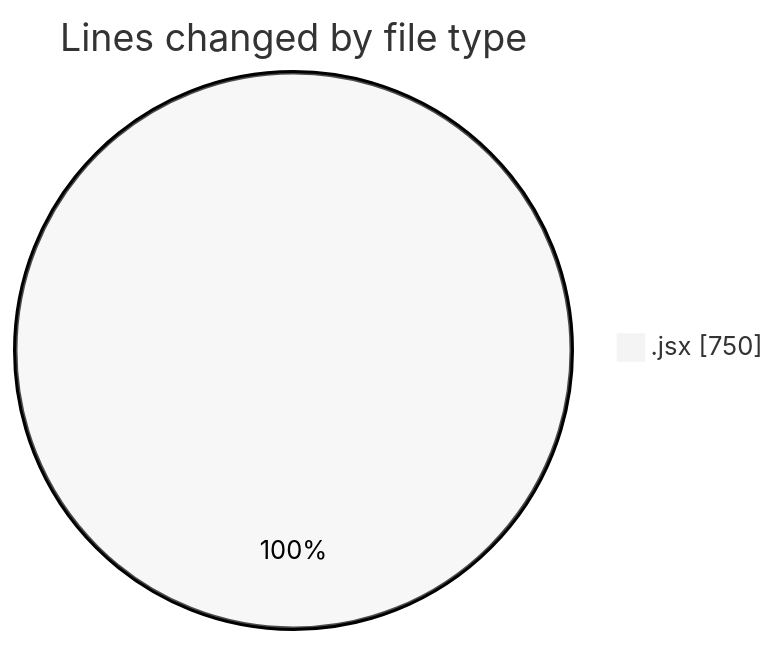
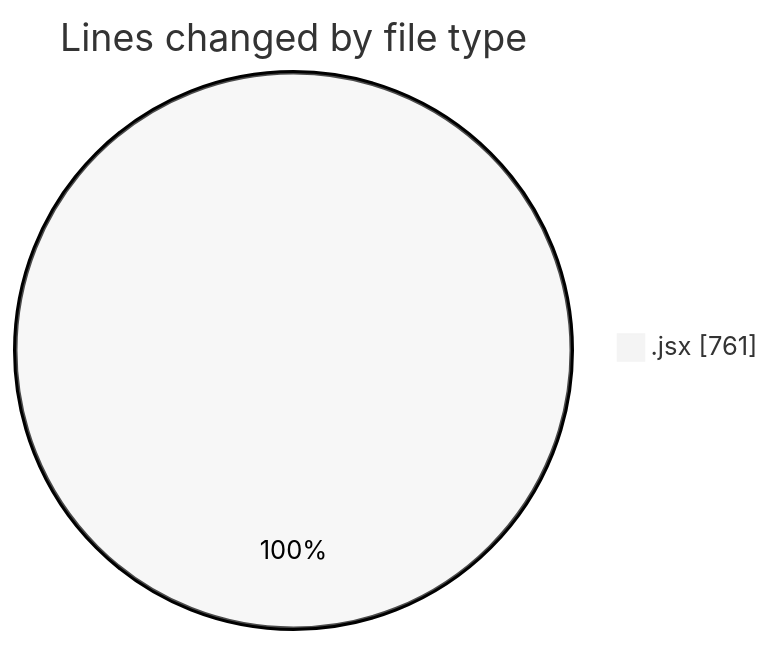
Before and after one commit to nxtqubesakshisongat/code-tracking: the first of 2 diagrams in 2025-05-15/argos-dev/README.md, drawn with Mermaid (neutral theme). The commit also changed other lines of this file and 1 other file, not shown here.

````diff
--- a/2025-05-15/argos-dev/README.md
+++ b/2025-05-15/argos-dev/README.md
@@ -21,5 +21,5 @@
 ```mermaid
 pie showData
 title Lines changed by file type
-".jsx" : 750
+".jsx" : 761
 ```
````
